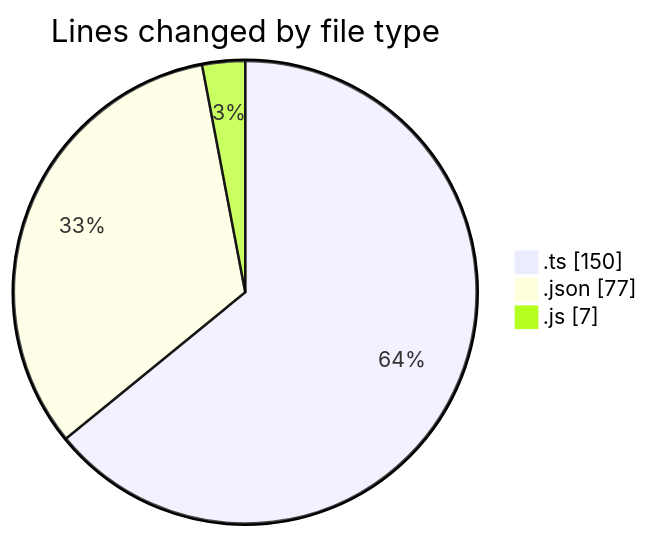
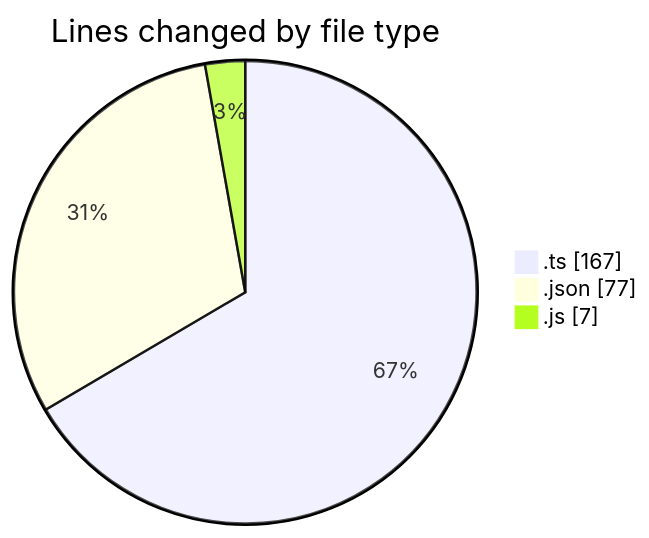
Before and after one commit to igalym/code-tracking: the first of 2 diagrams in 2026-03-02/typescript/README.md, drawn with Mermaid. The commit also changed other lines of this file and 1 other file, not shown here.

````diff
--- a/2026-03-02/typescript/README.md
+++ b/2026-03-02/typescript/README.md
@@ -24,7 +24,7 @@
 ```mermaid
 pie showData
 title Lines changed by file type
-".ts" : 150
+".ts" : 167
 ".json" : 77
 ".js" : 7
 ```
````
